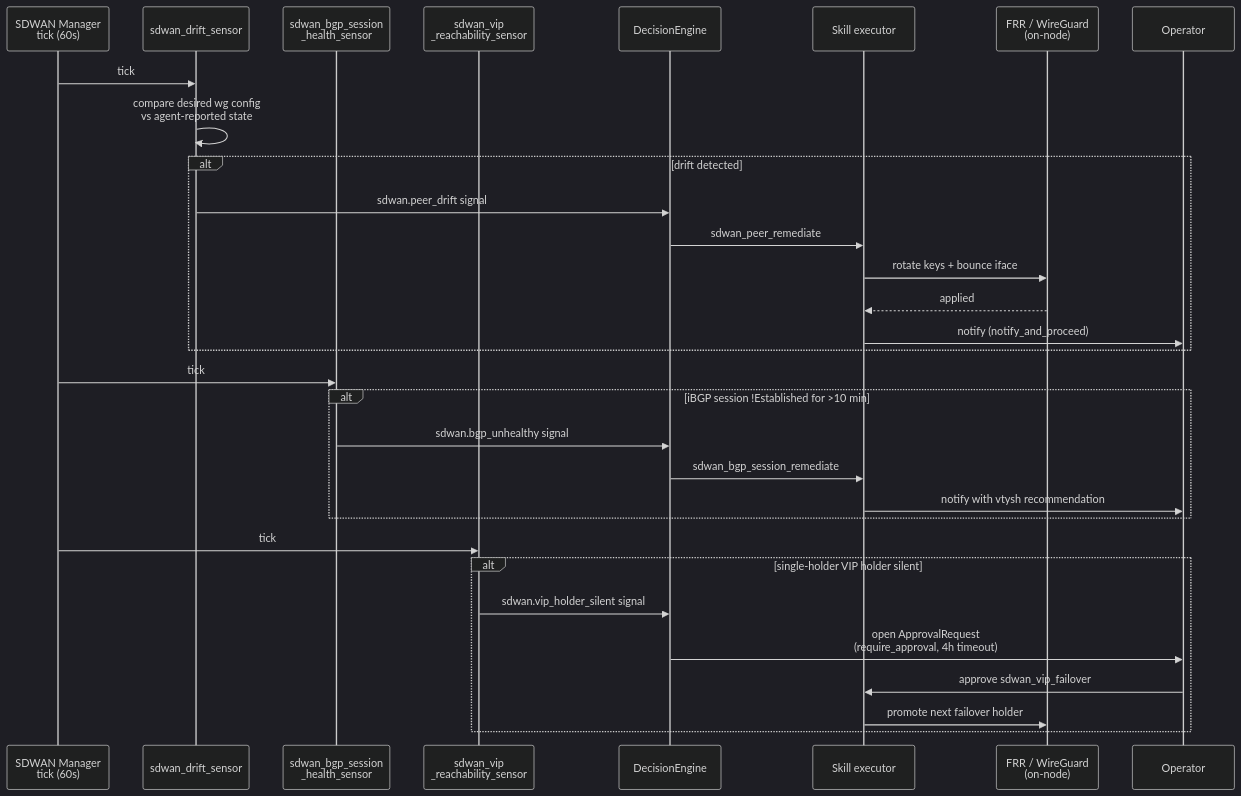
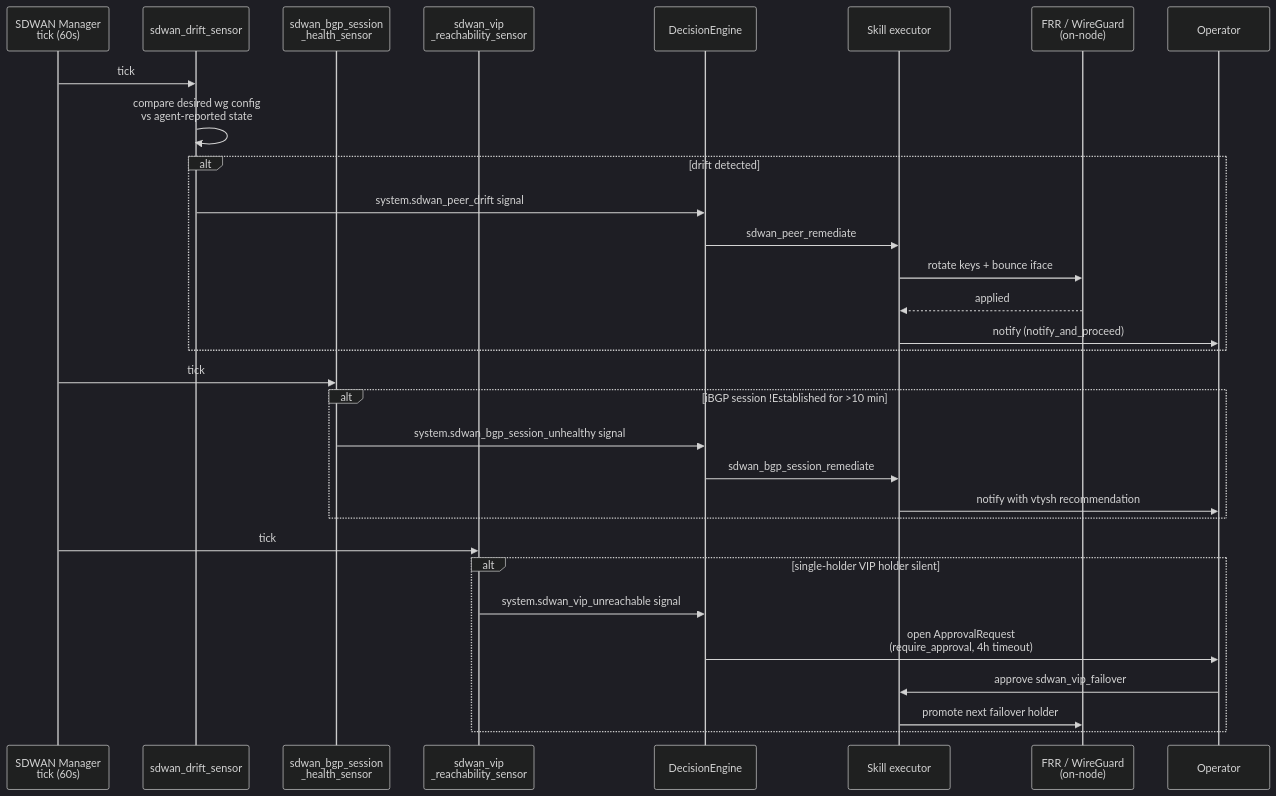
One commit to nodealchemy/powernode-system changed the diagram in docs/SDWAN_MANAGER_AGENT.md. Above: the diagram before and after it, drawn with Mermaid (dark theme). The commit also changed other lines of this file and 8 other files, not shown here.

````diff
--- a/docs/SDWAN_MANAGER_AGENT.md
+++ b/docs/SDWAN_MANAGER_AGENT.md
@@ -181,36 +181,36 @@
 ```mermaid
 sequenceDiagram
     participant Cron as SDWAN Manager<br/>tick (60s)
     participant SP as sdwan_drift_sensor
     participant SB as sdwan_bgp_session<br/>_health_sensor
     participant SV as sdwan_vip<br/>_reachability_sensor
     participant DE as DecisionEngine
     participant Skill as Skill executor
     participant FRR as FRR / WireGuard<br/>(on-node)
     participant Op as Operator
 
     Cron->>SP: tick
     SP->>SP: compare desired wg config<br/>vs agent-reported state
     alt drift detected
-        SP->>DE: sdwan.peer_drift signal
+        SP->>DE: system.sdwan_peer_drift signal
         DE->>Skill: sdwan_peer_remediate
         Skill->>FRR: rotate keys + bounce iface
         FRR-->>Skill: applied
         Skill->>Op: notify (notify_and_proceed)
     end
 
     Cron->>SB: tick
     alt iBGP session !Established for >10 min
-        SB->>DE: sdwan.bgp_unhealthy signal
+        SB->>DE: system.sdwan_bgp_session_unhealthy signal
         DE->>Skill: sdwan_bgp_session_remediate
         Skill->>Op: notify with vtysh recommendation
     end
 
     Cron->>SV: tick
     alt single-holder VIP holder silent
-        SV->>DE: sdwan.vip_holder_silent signal
+        SV->>DE: system.sdwan_vip_unreachable signal
         DE->>Op: open ApprovalRequest<br/>(require_approval, 4h timeout)
         Op->>Skill: approve sdwan_vip_failover
         Skill->>FRR: promote next failover holder
     end
 ```
````
